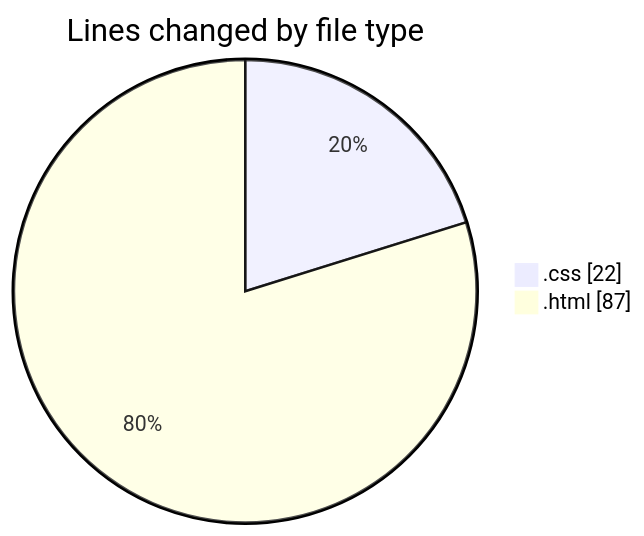
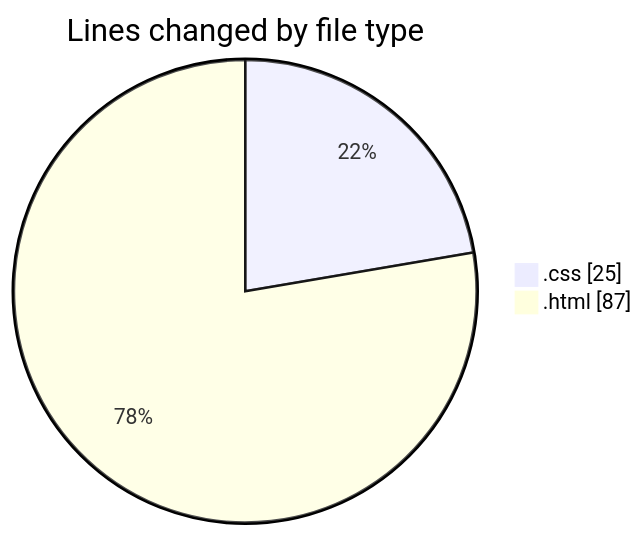
Before and after one commit to NitaiMahat/code-tracking: the first of 2 diagrams in 2025-02-04/recipe-page-main/README.md, drawn with Mermaid. The commit also changed other lines of this file and 1 other file, not shown here.

````diff
--- a/2025-02-04/recipe-page-main/README.md
+++ b/2025-02-04/recipe-page-main/README.md
@@ -21,6 +21,6 @@
 ```mermaid
 pie showData
 title Lines changed by file type
-".css" : 22
+".css" : 25
 ".html" : 87
 ```
````
